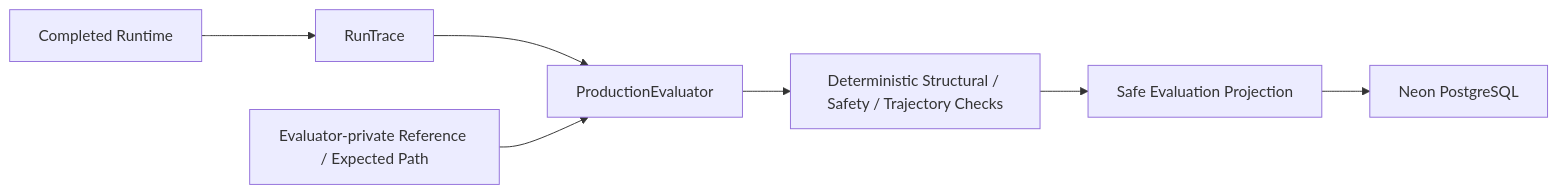
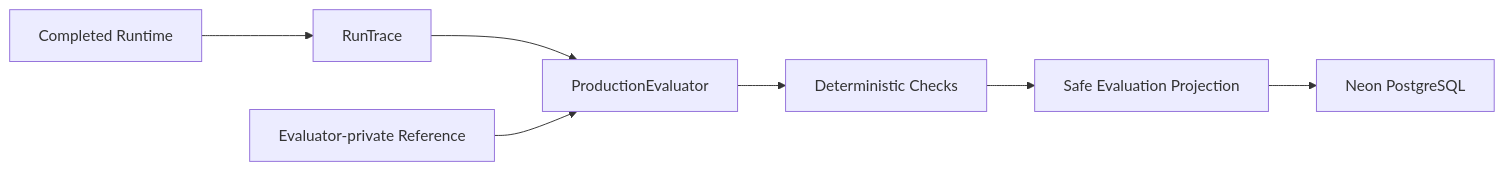
The eighth of 12 diagrams in docs/presentation/ARCHITECTURE-OVERLAYS.md (pablo-marchina/academy-tractian), drawn with Mermaid before and after one commit. The commit also changed other lines of this file and 5 other files, not shown here.

````diff
--- a/docs/presentation/ARCHITECTURE-OVERLAYS.md
+++ b/docs/presentation/ARCHITECTURE-OVERLAYS.md
@@ -181,14 +157,14 @@
 ```mermaid
 flowchart LR
     RUN[Completed Runtime]
     TRACE[RunTrace]
     EVAL[ProductionEvaluator]
-    GOLD[Evaluator-private Reference / Expected Path]
-    DET[Deterministic Structural / Safety / Trajectory Checks]
+    GOLD[Evaluator-private Reference]
+    DET[Deterministic Checks]
     OUT[Safe Evaluation Projection]
     DB[Neon PostgreSQL]
 
     RUN --> TRACE --> EVAL
     GOLD --> EVAL
     EVAL --> DET --> OUT --> DB
 ```
````
